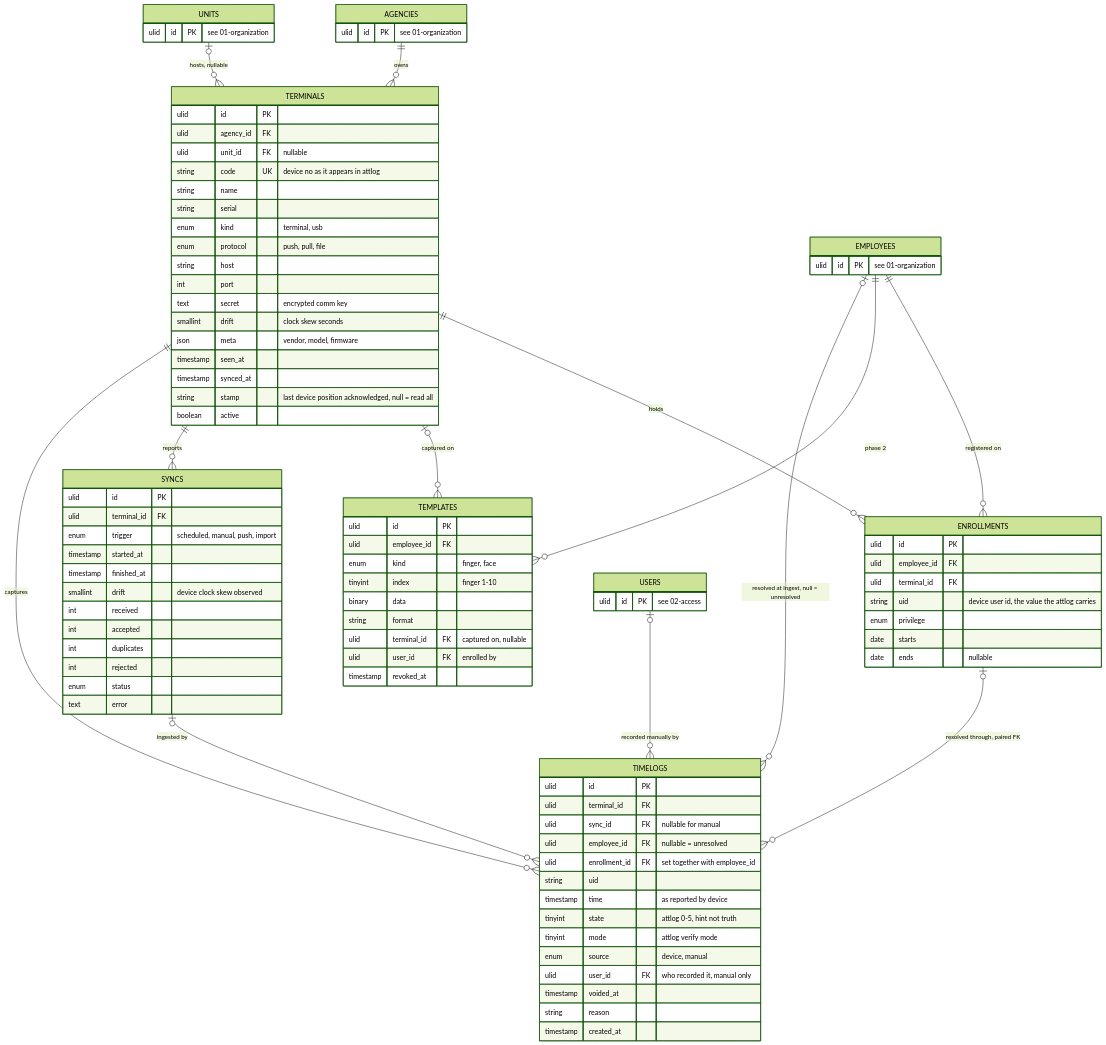
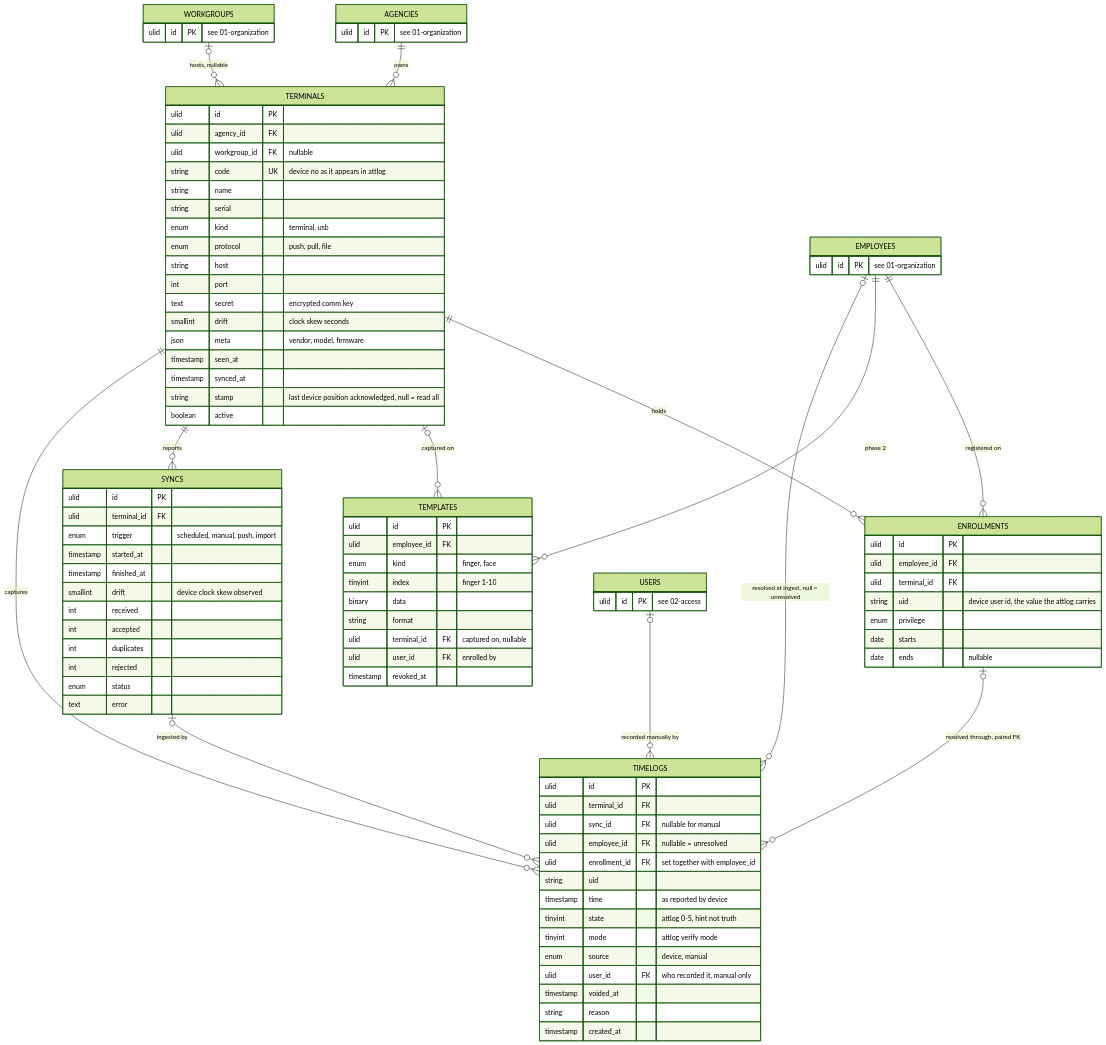
One commit to joowdx/khronoz changed the diagram in docs/design/03-terminals.md. Above: the diagram before and after it, drawn with Mermaid (forest theme). The commit also changed 79 other files, not shown here.

````diff
--- a/docs/design/03-terminals.md
+++ b/docs/design/03-terminals.md
@@ -3,7 +3,7 @@
 ```mermaid
 erDiagram
     AGENCIES  ||--o{ TERMINALS   : "owns"
-    UNITS     |o--o{ TERMINALS   : "hosts, nullable"
+    WORKGROUPS     |o--o{ TERMINALS   : "hosts, nullable"
     TERMINALS ||--o{ ENROLLMENTS : "holds"
     EMPLOYEES ||--o{ ENROLLMENTS : "registered on"
     EMPLOYEES ||--o{ TEMPLATES   : "phase 2"
@@ -18,7 +18,7 @@
     TERMINALS {
         ulid id PK
         ulid agency_id FK
-        ulid unit_id FK "nullable"
+        ulid workgroup_id FK "nullable"
         string code UK "device no as it appears in attlog"
         string name
         string serial
@@ -87,7 +87,7 @@
     AGENCIES {
         ulid id PK "see 01-organization"
     }
-    UNITS {
+    WORKGROUPS {
         ulid id PK "see 01-organization"
     }
     EMPLOYEES {
````
